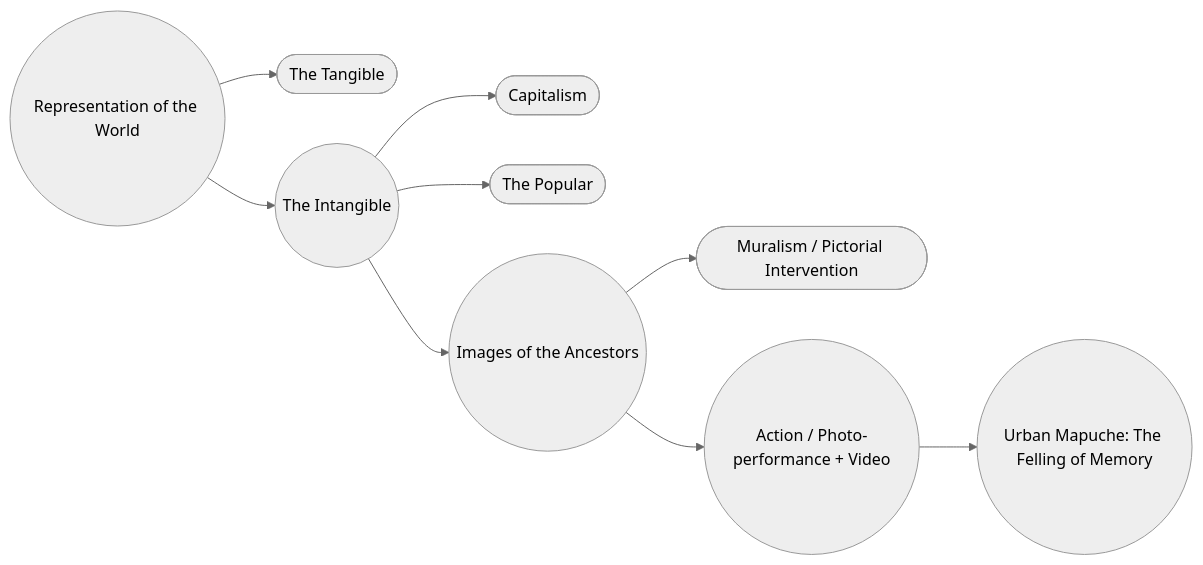
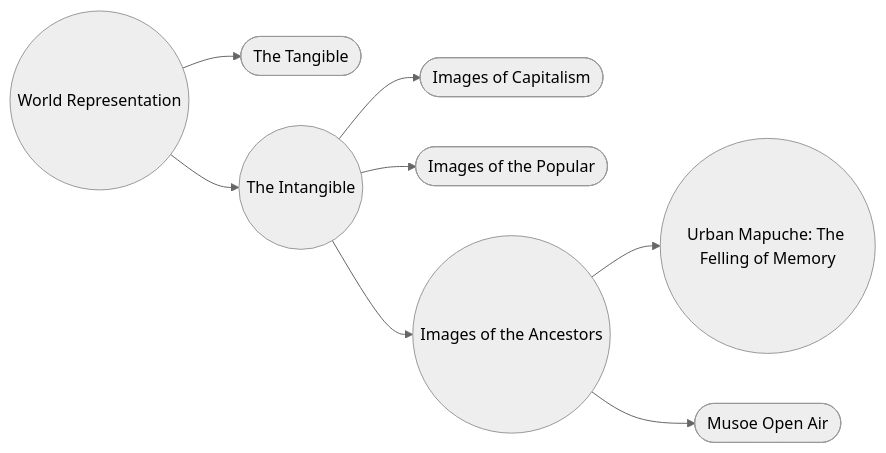
The diagram in EN/urban-mapuche.md (EGGS-Artesvisuales/EGGS-Artesvisuales.github.io), drawn with Mermaid (neutral theme) before and after one commit. The commit also changed 77 other files, not shown here.

```diff
--- a/EN/urban-mapuche.md
+++ b/EN/urban-mapuche.md
@@ -15,20 +15,19 @@
 <div class="mermaid">
 flowchart LR
-  A((Representation of the World)) --> T([The Tangible])
+  A((World Representation)) --> T([The Tangible])
   A --> I((The Intangible))
-  I --> C([Capitalism])
-  I --> P([The Popular])
+  I --> C([Images of Capitalism])
+  I --> P([Images of the Popular])
   I --> AN((Images of the Ancestors))
-  AN --> AN_M([Muralism / Pictorial Intervention])
-  AN --> AN_A((Action / Photo-performance + Video))
-  AN_A --> MU((Urban Mapuche: The Felling of Memory))
+  AN --> TA((Urban Mapuche: The Felling of Memory))
+  AN --> MU([Musoe Open Air])
 
-  click A "/EN/world-representation.html" "Go to Representation of the World"
+  click A "/EN/world-representation.html" "Go to World Representation"
   click T "/EN/tangible.html" "Go to The Tangible"
   click I "/EN/intangible.html" "Go to The Intangible"
   click C "/EN/images-of-capitalism.html" "Go to Images of Capitalism"
   click P "/EN/images-of-the-popular.html" "Go to Images of the Popular"
   click AN "/EN/images-of-the-ancestors.html" "Go to Images of the Ancestors"
-  click AN_M "/EN/open-air-museum.html" "Go to Musoe Open Air"
-  click MU "/EN/urban-mapuche.html" "You are here"
+  click TA "/EN/urban-mapuche.html" "You are here"
+  click MU "/EN/musoe-open-air.html" "Go to Musoe Open Air"
 </div>
```
